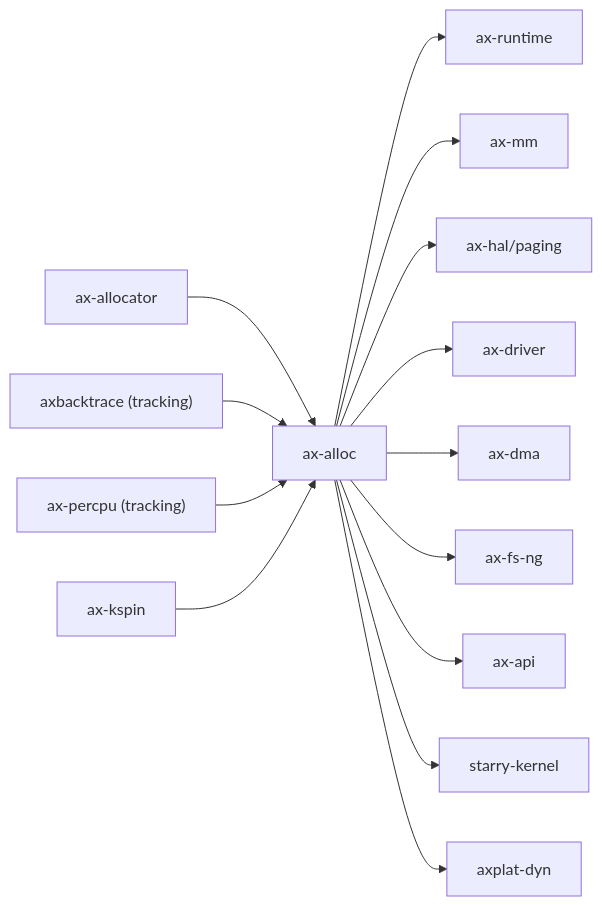
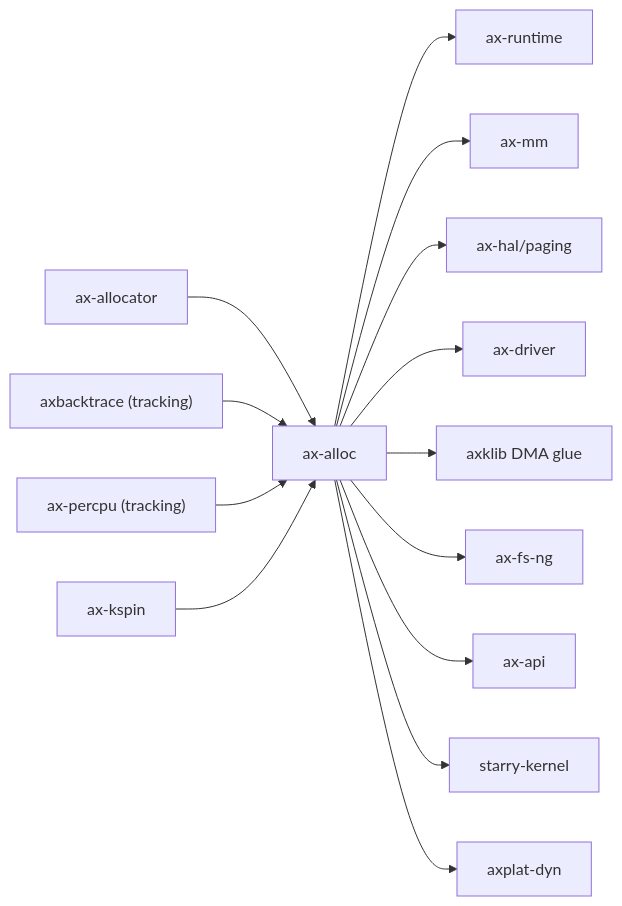
Before and after one commit to rcore-os/tgoskits: the second of 2 diagrams in docs/docs/components/crates/ax-alloc.md, drawn with Mermaid. The commit also changed other lines of this file and 80 other files, not shown here.

````diff
--- a/docs/docs/components/crates/ax-alloc.md
+++ b/docs/docs/components/crates/ax-alloc.md
@@ -82,17 +82,17 @@
 ```mermaid
 graph LR
     ax-allocator["ax-allocator"] --> ax-alloc["ax-alloc"]
     axbacktrace["axbacktrace (tracking)"] --> ax-alloc
     ax-percpu["ax-percpu (tracking)"] --> ax-alloc
     ax_kspin["ax-kspin"] --> ax-alloc
 
     ax-alloc --> ax-runtime["ax-runtime"]
     ax-alloc --> ax-mm["ax-mm"]
     ax-alloc --> ax-hal["ax-hal/paging"]
     ax-alloc --> ax-driver["ax-driver"]
-    ax-alloc --> ax_dma["ax-dma"]
+    ax-alloc --> axklib["axklib DMA glue"]
     ax-alloc --> axfsng["ax-fs-ng"]
     ax-alloc --> ax-api["ax-api"]
     ax-alloc --> starry_kernel["starry-kernel"]
     ax-alloc --> axplat_dyn["axplat-dyn"]
 ```
````
